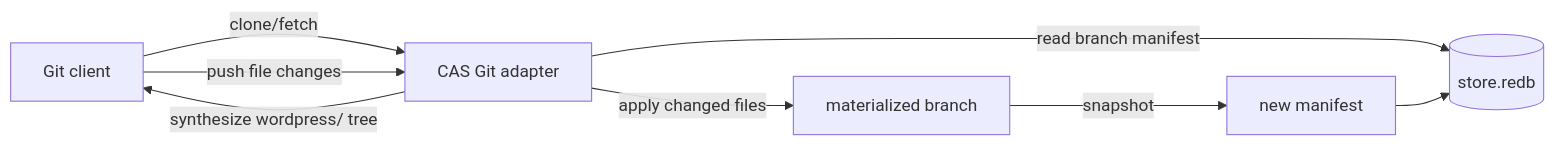
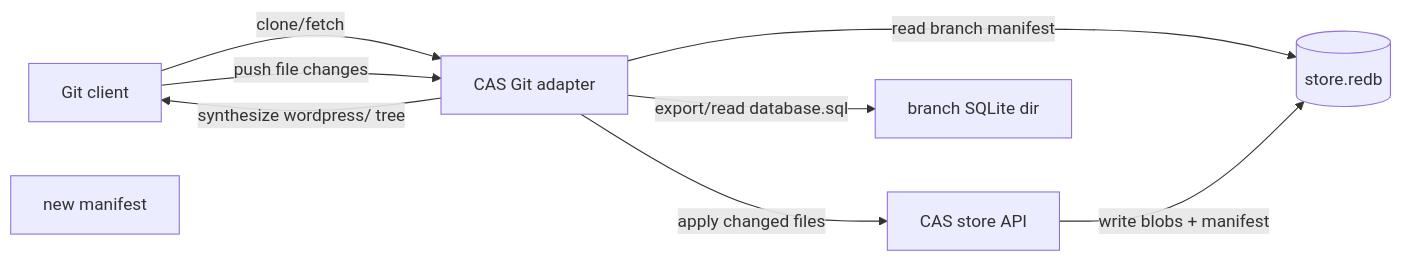
Before and after one commit to Automattic/forkpress: the third of 4 diagrams in docs/storage-drivers.md, drawn with Mermaid. The commit also changed other lines of this file and 18 other files, not shown here.

Commit message:
Add lazy Redb CAS storage backend

````diff
--- a/docs/storage-drivers.md
+++ b/docs/storage-drivers.md
@@ -229,16 +231,17 @@
 ```mermaid
 flowchart LR
     remote[Git client]
     adapter[CAS Git adapter]
     redb[(store.redb)]
-    branch[materialized branch]
+    api[CAS store API]
+    db[branch SQLite dir]
     snapshot[new manifest]
 
     remote -- clone/fetch --> adapter
     adapter -- read branch manifest --> redb
     adapter -- synthesize wordpress/ tree --> remote
     remote -- push file changes --> adapter
-    adapter -- apply changed files --> branch
-    branch -- snapshot --> snapshot
-    snapshot --> redb
+    adapter -- apply changed files --> api
+    api -- write blobs + manifest --> redb
+    adapter -- export/read database.sql --> db
 ```
````
